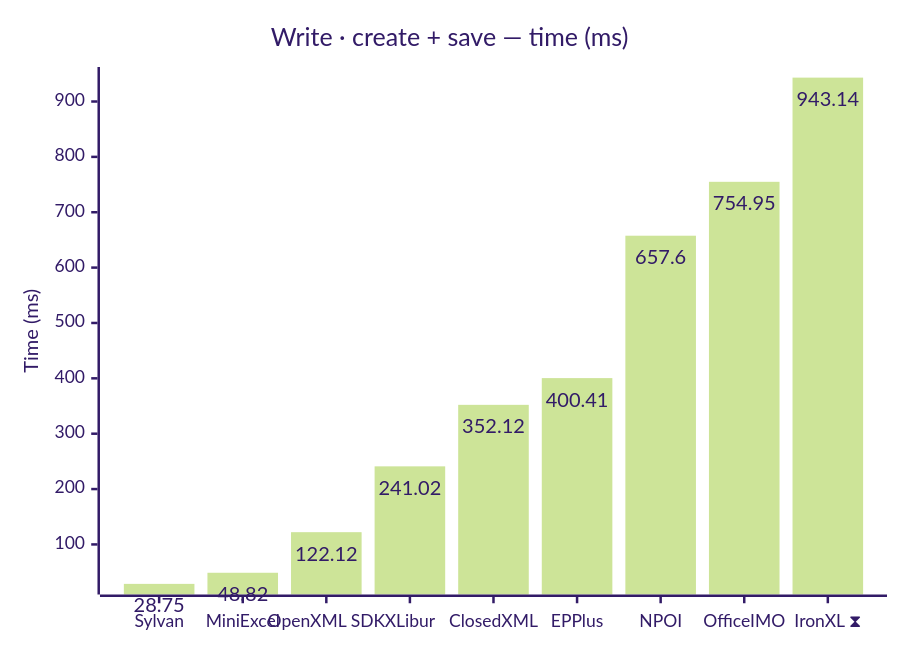
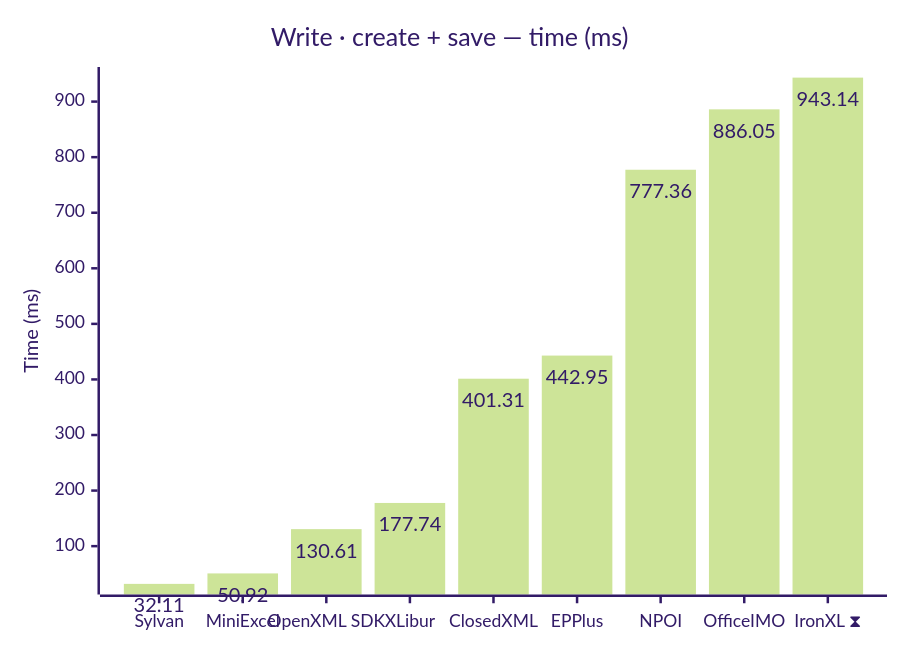
The fifth of 12 diagrams in docs/results-ci.md (jafin/XLBench), drawn with Mermaid (forest theme) before and after one commit. The commit also changed other lines of this file, not shown here.

````diff
--- a/docs/results-ci.md
+++ b/docs/results-ci.md
@@ -95,12 +95,12 @@
 ```mermaid
 ---
 config:
   xyChart:
     showDataLabel: true
 ---
 xychart-beta
     title "Write · create + save — time (ms)"
     x-axis ["Sylvan", "MiniExcel", "OpenXML SDK", "XLibur", "ClosedXML", "EPPlus", "NPOI", "OfficeIMO", "IronXL ⧗"]
     y-axis "Time (ms)"
-    bar [28.75, 48.82, 122.12, 241.02, 352.12, 400.41, 657.6, 754.95, 943.14]
+    bar [32.11, 50.92, 130.61, 177.74, 401.31, 442.95, 777.36, 886.05, 943.14]
 ```
````
